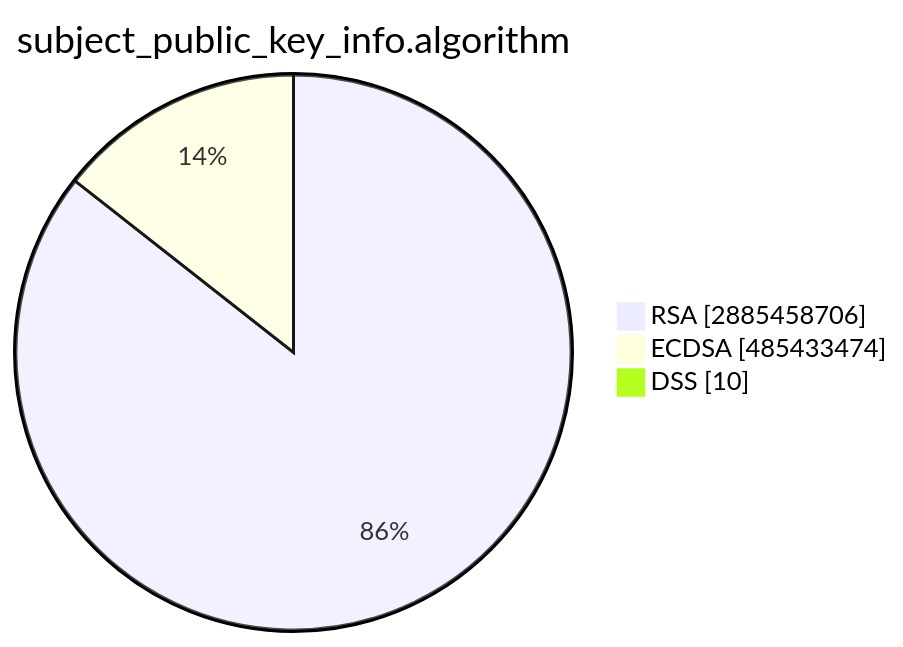
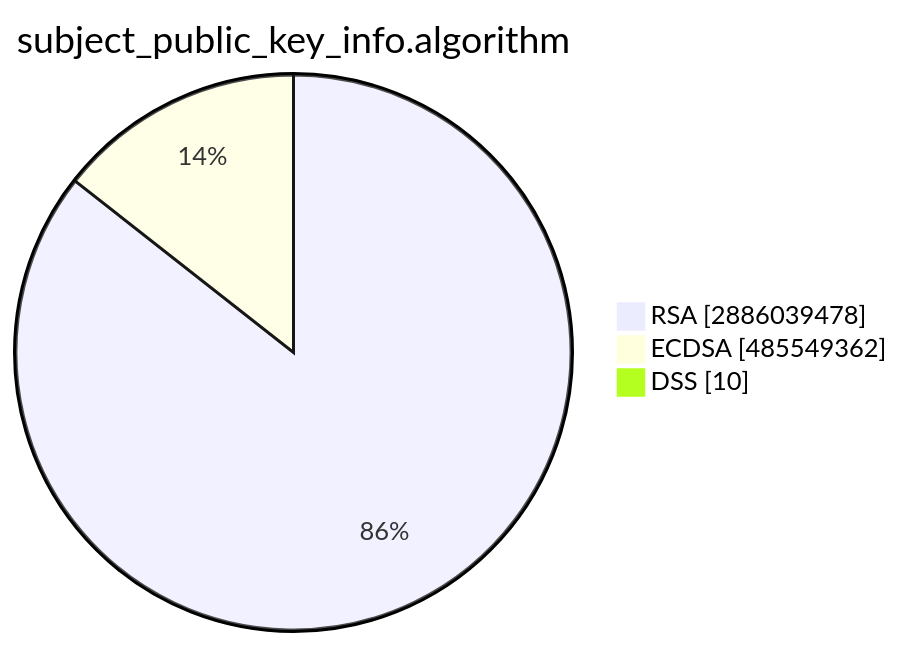
The second of 15 diagrams in TOTAL/README.md (christiankrug/ctmonitor_visualization), drawn with Mermaid before and after one commit. The commit also changed other lines of this file, not shown here.

````diff
--- a/TOTAL/README.md
+++ b/TOTAL/README.md
@@ -6,7 +6,7 @@
 ```mermaid
 pie showData
 title subject_public_key_info.algorithm
-"RSA" :2885458706
-"ECDSA" :485433474
+"RSA" :2886039478
+"ECDSA" :485549362
 "DSS" :10
 ```
````
